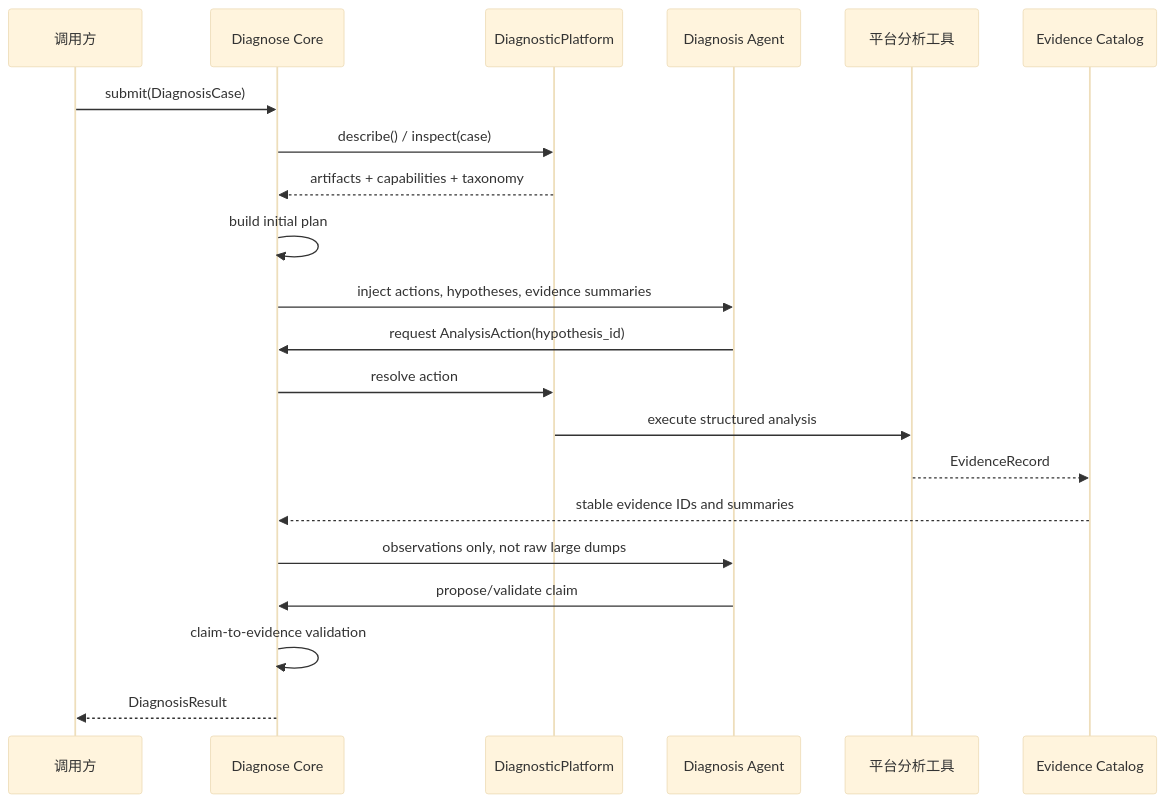
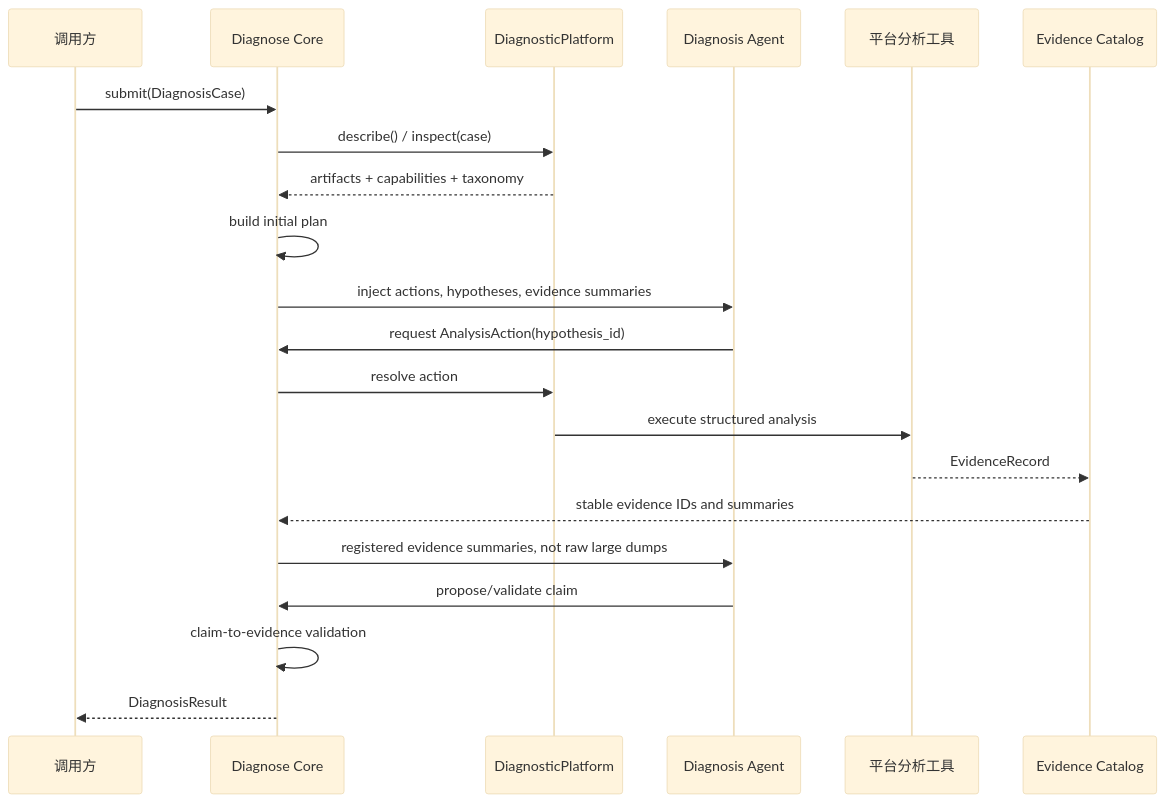
One commit to w1force/-Loop-Engineer changed the second of 3 diagrams in docs/superpowers/plans/2026-07-30-diagnosis-core-phase1.md. Above: the diagram before and after it, drawn with Mermaid (base theme). The commit also changed other lines of this file and 50 other files, not shown here.

````diff
--- a/docs/superpowers/plans/2026-07-30-diagnosis-core-phase1.md
+++ b/docs/superpowers/plans/2026-07-30-diagnosis-core-phase1.md
@@ -92,24 +92,24 @@
 ```mermaid
 sequenceDiagram
     participant Caller as 调用方
     participant Core as Diagnose Core
     participant Platform as DiagnosticPlatform
     participant Agent as Diagnosis Agent
     participant Tool as 平台分析工具
     participant Catalog as Evidence Catalog
 
     Caller->>Core: submit(DiagnosisCase)
     Core->>Platform: describe() / inspect(case)
     Platform-->>Core: artifacts + capabilities + taxonomy
     Core->>Core: build initial plan
     Core->>Agent: inject actions, hypotheses, evidence summaries
     Agent->>Core: request AnalysisAction(hypothesis_id)
     Core->>Platform: resolve action
     Platform->>Tool: execute structured analysis
     Tool-->>Catalog: EvidenceRecord
     Catalog-->>Core: stable evidence IDs and summaries
-    Core->>Agent: observations only, not raw large dumps
+    Core->>Agent: registered evidence summaries, not raw large dumps
     Agent->>Core: propose/validate claim
     Core->>Core: claim-to-evidence validation
     Core-->>Caller: DiagnosisResult
 ```
````
